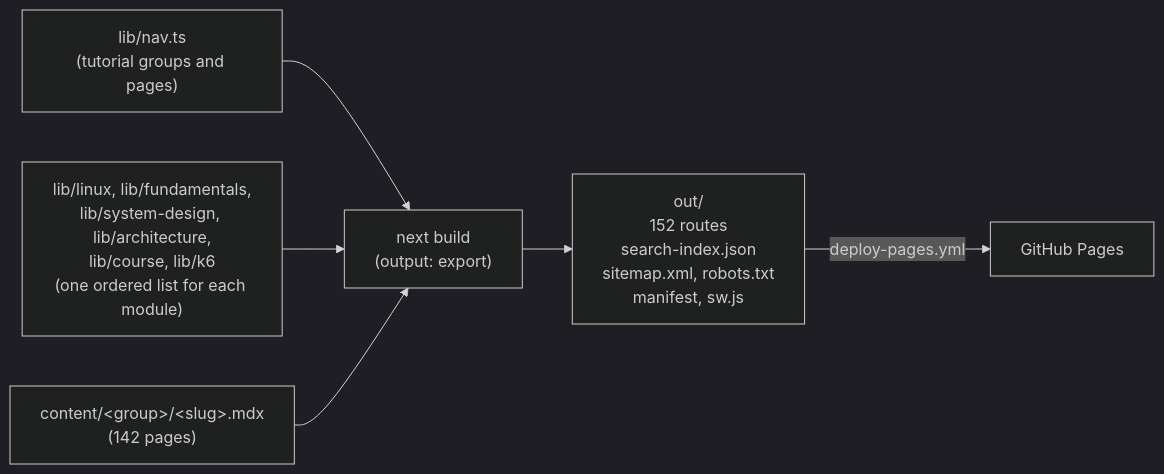
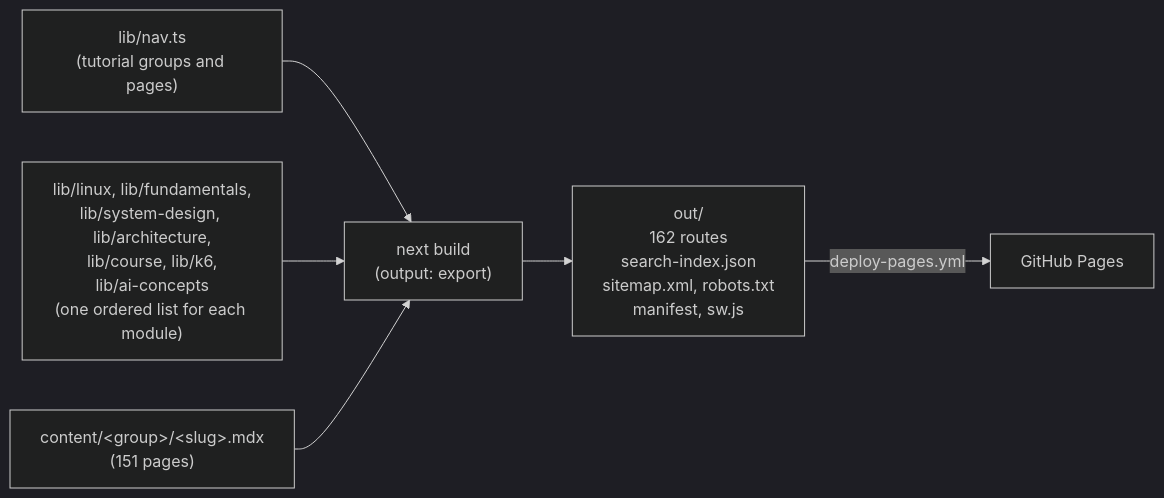
One commit to kawsar-95/ai-testing-guide changed the diagram in docs/ARCHITECTURE.md. Above: the diagram before and after it, drawn with Mermaid (dark theme). The commit also changed other lines of this file and 69 other files, not shown here.

First line of the commit message:
feat(ai-concepts): add the AI Concepts module with 9 fact-checked topics

````diff
--- a/docs/ARCHITECTURE.md
+++ b/docs/ARCHITECTURE.md
@@ -9,15 +9,15 @@
 ```mermaid
 flowchart LR
   nav["lib/nav.ts<br/>(tutorial groups and pages)"]
-  mods["lib/linux, lib/fundamentals,<br/>lib/system-design, lib/architecture,<br/>lib/course, lib/k6<br/>(one ordered list for each module)"]
-  mdx["content/&lt;group&gt;/&lt;slug&gt;.mdx<br/>(142 pages)"]
+  mods["lib/linux, lib/fundamentals,<br/>lib/system-design, lib/architecture,<br/>lib/course, lib/k6,<br/>lib/ai-concepts<br/>(one ordered list for each module)"]
+  mdx["content/&lt;group&gt;/&lt;slug&gt;.mdx<br/>(151 pages)"]
   build["next build<br/>(output: export)"]
-  out["out/<br/>152 routes<br/>search-index.json<br/>sitemap.xml, robots.txt<br/>manifest, sw.js"]
+  out["out/<br/>162 routes<br/>search-index.json<br/>sitemap.xml, robots.txt<br/>manifest, sw.js"]
   pages["GitHub Pages"]
 
   nav --> build
   mods --> build
   mdx --> build
   build --> out
   out -->|deploy-pages.yml| pages
 ```
````
